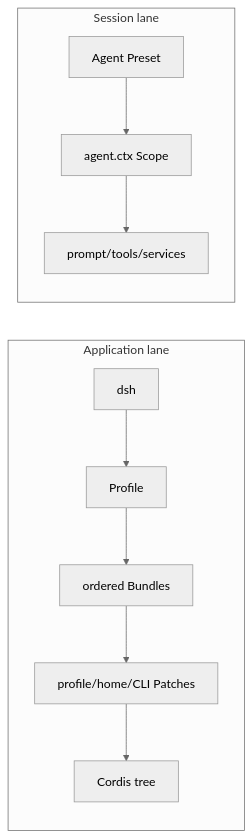
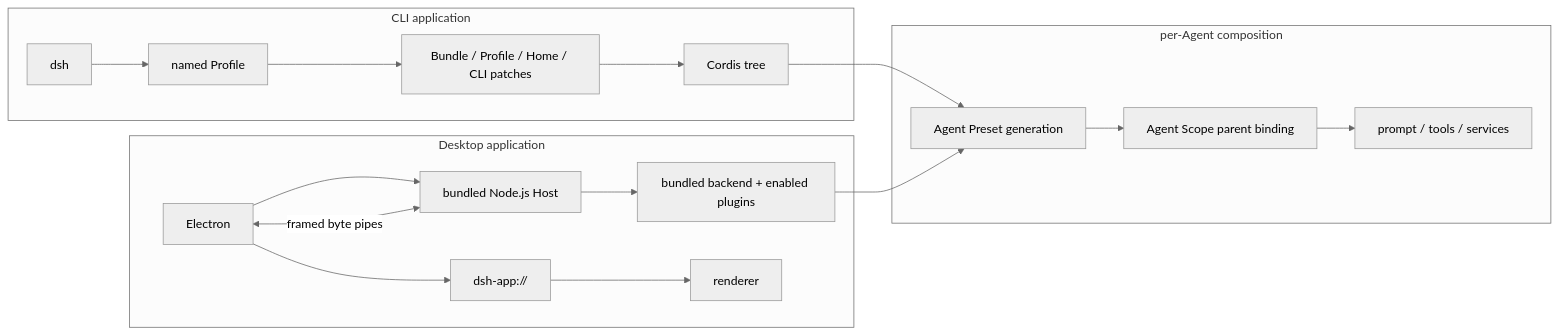
One commit to yang0228/deepseek-harness-analysis changed the first of 2 diagrams in docs/02-architecture.md. Above: the diagram before and after it, drawn with Mermaid (neutral theme). The commit also changed other lines of this file and 35 other files, not shown here.

````diff
--- a/docs/02-architecture.md
+++ b/docs/02-architecture.md
@@ -45,9 +37,16 @@
 ```mermaid
 flowchart LR
-  subgraph Application["Application lane"]
-    DSH["dsh"] --> Profile["Profile"] --> Bundles["ordered Bundles"] --> Patches["profile/home/CLI Patches"] --> Tree["Cordis tree"]
+  subgraph CLI["CLI application"]
+    DSH["dsh"] --> Profile["named Profile"] --> Layers["Bundle / Profile / Home / CLI patches"] --> Tree["Cordis tree"]
   end
-  subgraph Session["Session lane"]
-    Preset["Agent Preset"] --> AgentScope["agent.ctx Scope"] --> AgentCapabilities["prompt/tools/services"]
+  subgraph Desktop["Desktop application"]
+    Electron["Electron"] --> Node["bundled Node.js Host"] --> DesktopTree["bundled backend + enabled plugins"]
+    Node <-->|"framed byte pipes"| Electron
+    Electron --> Protocol["dsh-app://"] --> Renderer["renderer"]
   end
+  subgraph Agent["per-Agent composition"]
+    Preset["Agent Preset generation"] --> Scope["Agent Scope parent binding"] --> Capabilities["prompt / tools / services"]
+  end
+  Tree --> Preset
+  DesktopTree --> Preset
 ```
````
